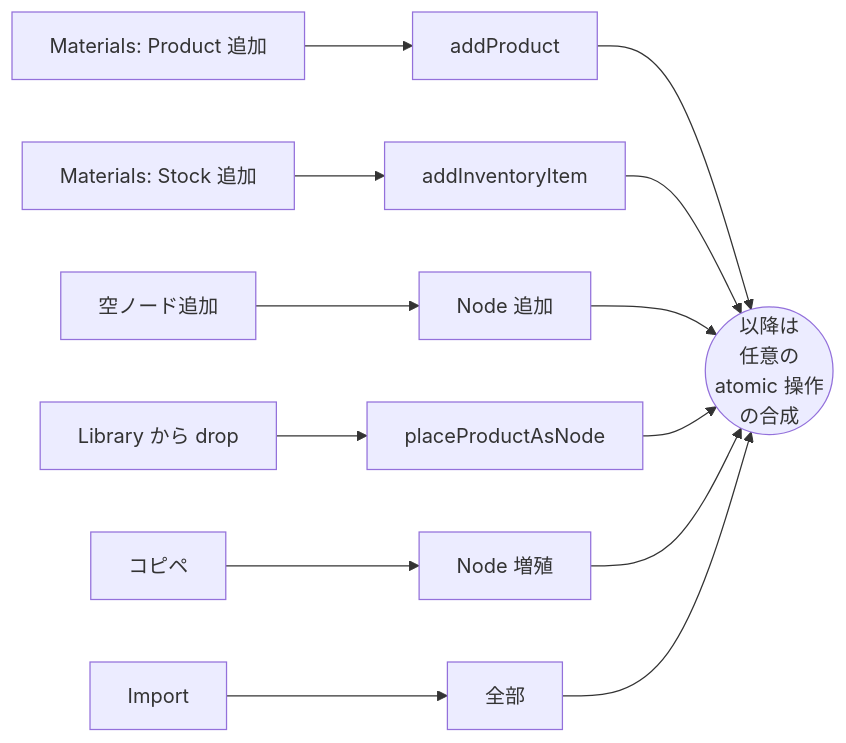
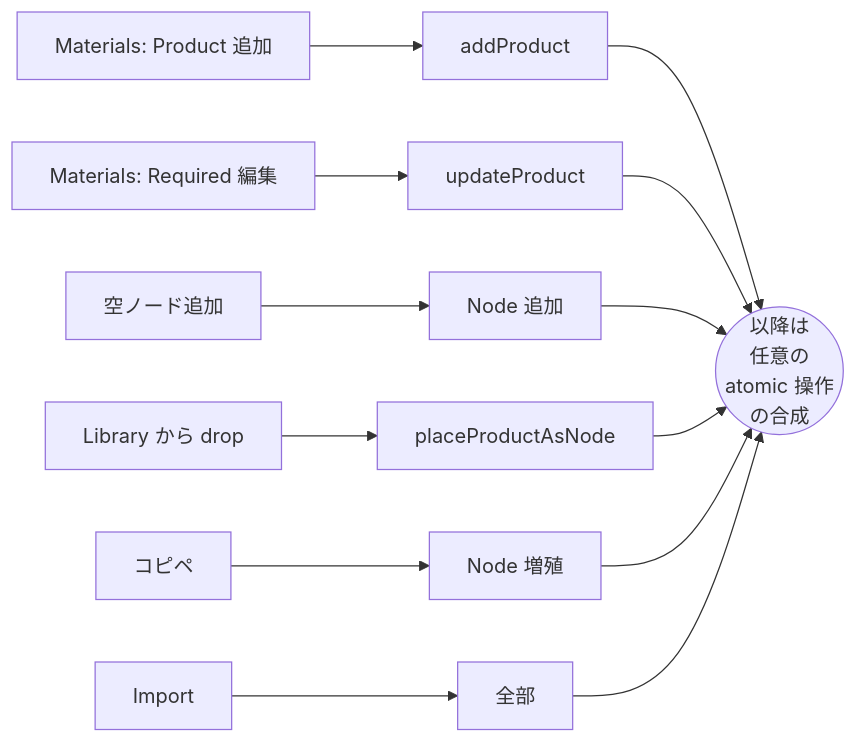
One commit to konoe-akitoshi/shumoku changed the second of 5 diagrams in apps/editor/docs/materials-flow.md. Above: the diagram before and after it, drawn with Mermaid. The commit also changed other lines of this file, not shown here.

First line of the commit message:
docs(editor): rewrite materials-flow around Required model

````diff
--- a/apps/editor/docs/materials-flow.md
+++ b/apps/editor/docs/materials-flow.md
@@ -84,16 +77,16 @@
 ```mermaid
 flowchart LR
   E1[Materials: Product 追加] --> O1[addProduct]
-  E2[Materials: Stock 追加] --> O2[addInventoryItem]
+  E2[Materials: Required 編集] --> O2[updateProduct]
   E3[空ノード追加] --> O3[Node 追加]
   E4[Library から drop] --> O4[placeProductAsNode]
   E5[コピペ] --> O5[Node 増殖]
   E6[Import] --> Oall[全部]
 
   O1 --> Loop((以降は<br/>任意の<br/>atomic 操作<br/>の合成))
   O2 --> Loop
   O3 --> Loop
   O4 --> Loop
   O5 --> Loop
   Oall --> Loop
 ```
````
